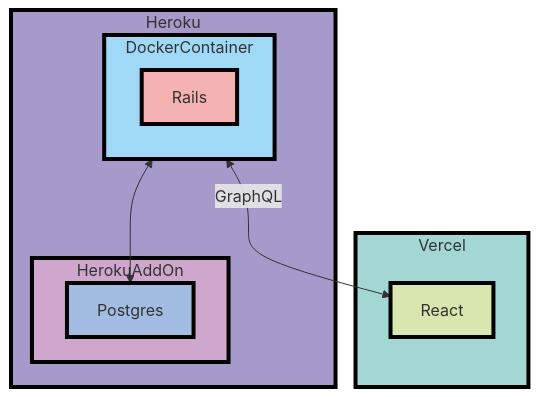
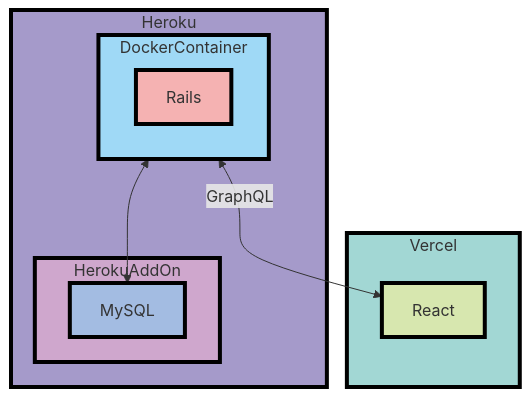
Before and after one commit to yuki-snow1823/diary: the diagram in README.md, drawn with Mermaid. The commit also changed other lines of this file, not shown here.

````diff
--- a/README.md
+++ b/README.md
@@ -26,27 +26,27 @@
 ```mermaid
 flowchart TB
     subgraph DockerContainer
         Rails
 
     end
     DockerContainer<-->|GraphQL|React
     subgraph Heroku
-		
-			DockerContainer<-->Postgres
+
+			DockerContainer<-->MySQL
 			subgraph HerokuAddOn
-				Postgres
+				MySQL
 			end
     end
     subgraph Vercel
 
     React
     end
 
 		style React fill:#D7E7AF,stroke:#000000,stroke-width:4px
 		style Vercel fill:#A2D7D4,stroke:#000000,stroke-width:4px
 		style Rails fill:#F5B2B2,stroke:#000000,stroke-width:4px
 		style Heroku fill:#A59ACA,stroke:#000000,stroke-width:4px
 		style DockerContainer fill:#9FD9F6,stroke:#000000,stroke-width:4px
 		style HerokuAddOn fill:#CFA7CD,stroke:#000000,stroke-width:4px
-		style Postgres fill:#A3BCE2,stroke:#000000,stroke-width:4px
+		style MySQL fill:#A3BCE2,stroke:#000000,stroke-width:4px
 ```
````
